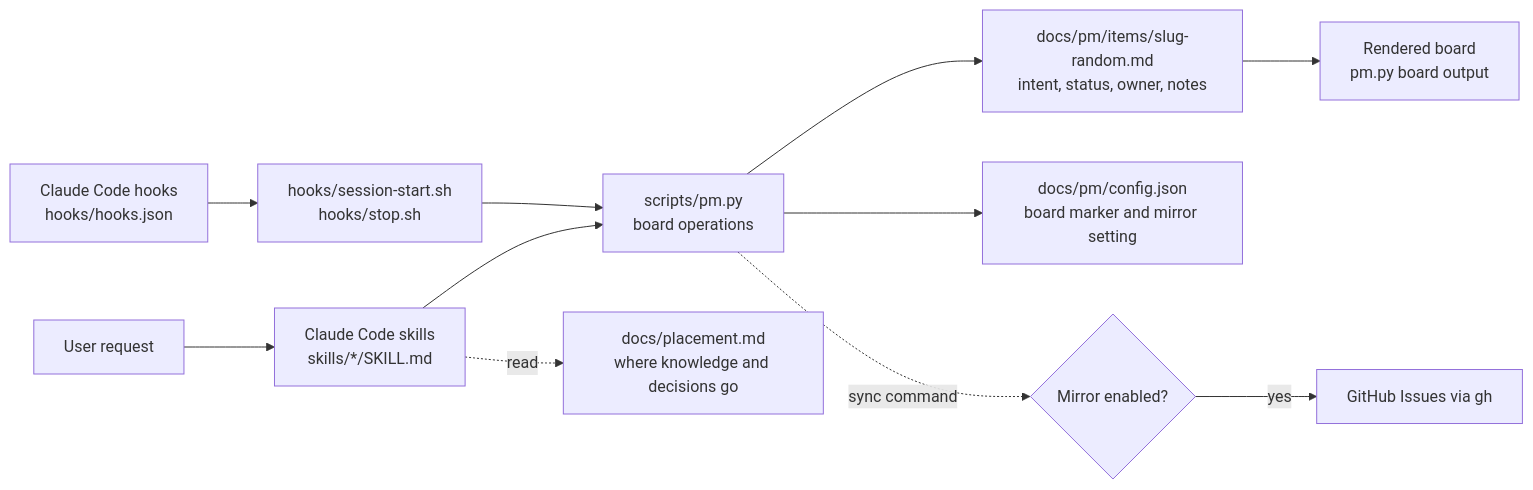
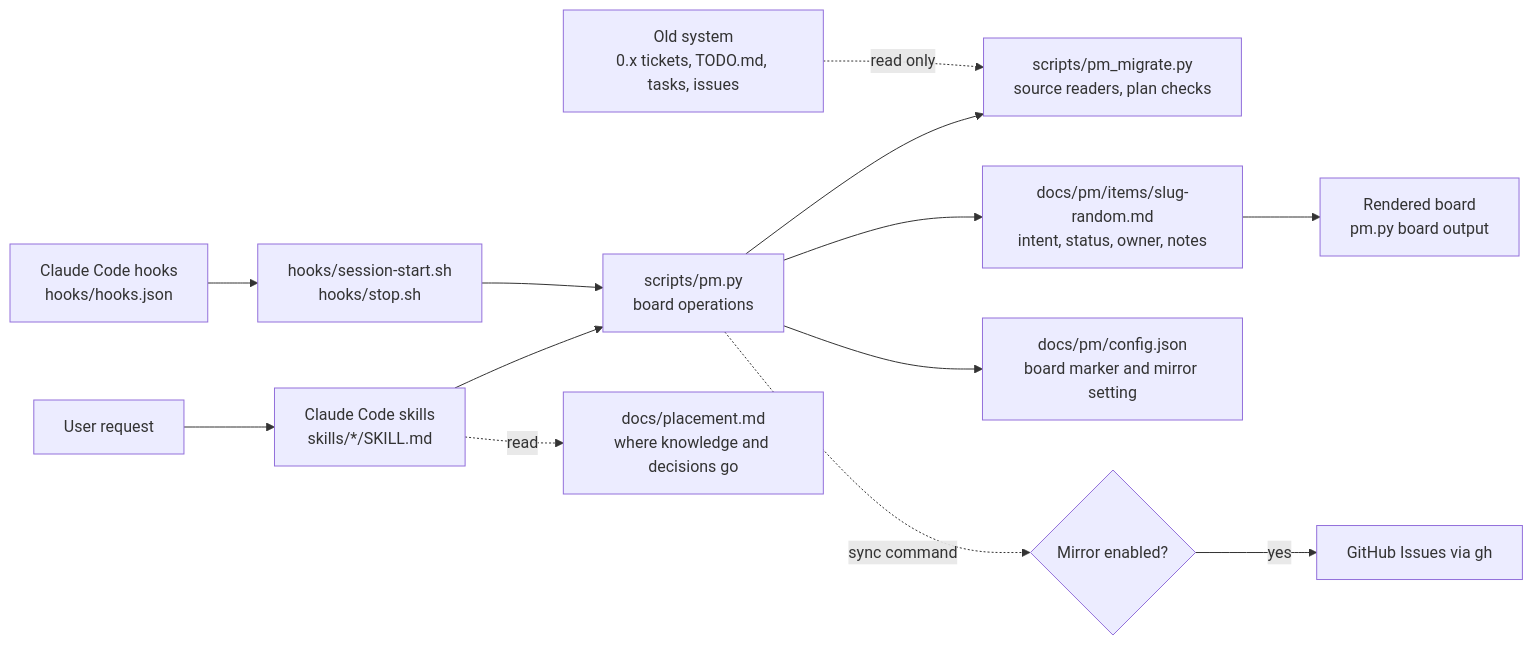
Before and after one commit to yehezkieled/pm-plugin: the first of 3 diagrams in docs/architecture.md, drawn with Mermaid. The commit also changed other lines of this file and 58 other files, not shown here.

````diff
--- a/docs/architecture.md
+++ b/docs/architecture.md
@@ -7,13 +7,15 @@
 ```mermaid
 flowchart LR
   U[User request] --> S[Claude Code skills<br/>skills/*/SKILL.md]
   S --> C[scripts/pm.py<br/>board operations]
+  C --> M[scripts/pm_migrate.py<br/>source readers, plan checks]
+  OLD[Old system<br/>0.x tickets, TODO.md, tasks, issues] -. read only .-> M
   C --> I[docs/pm/items/slug-random.md<br/>intent, status, owner, notes]
   C --> K[docs/pm/config.json<br/>board marker and mirror setting]
   S -. read .-> PG[docs/placement.md<br/>where knowledge and decisions go]
   I --> B[Rendered board<br/>pm.py board output]
   H[Claude Code hooks<br/>hooks/hooks.json] --> SH[hooks/session-start.sh<br/>hooks/stop.sh]
   SH --> C
   G{Mirror enabled?} -->|yes| GH[GitHub Issues via gh]
   C -. sync command .-> G
 ```
````
